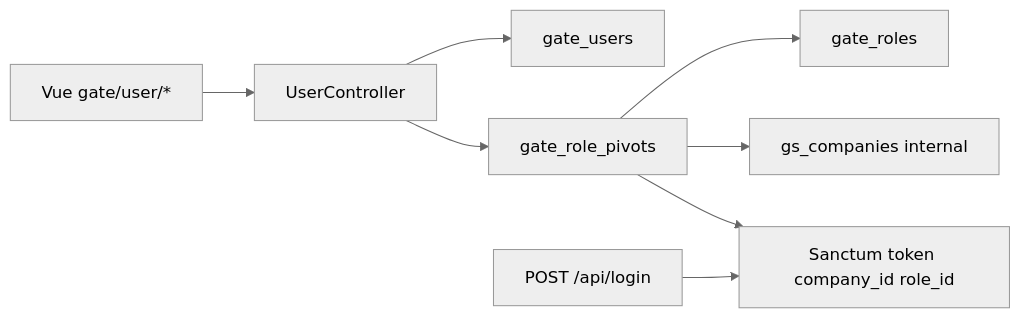
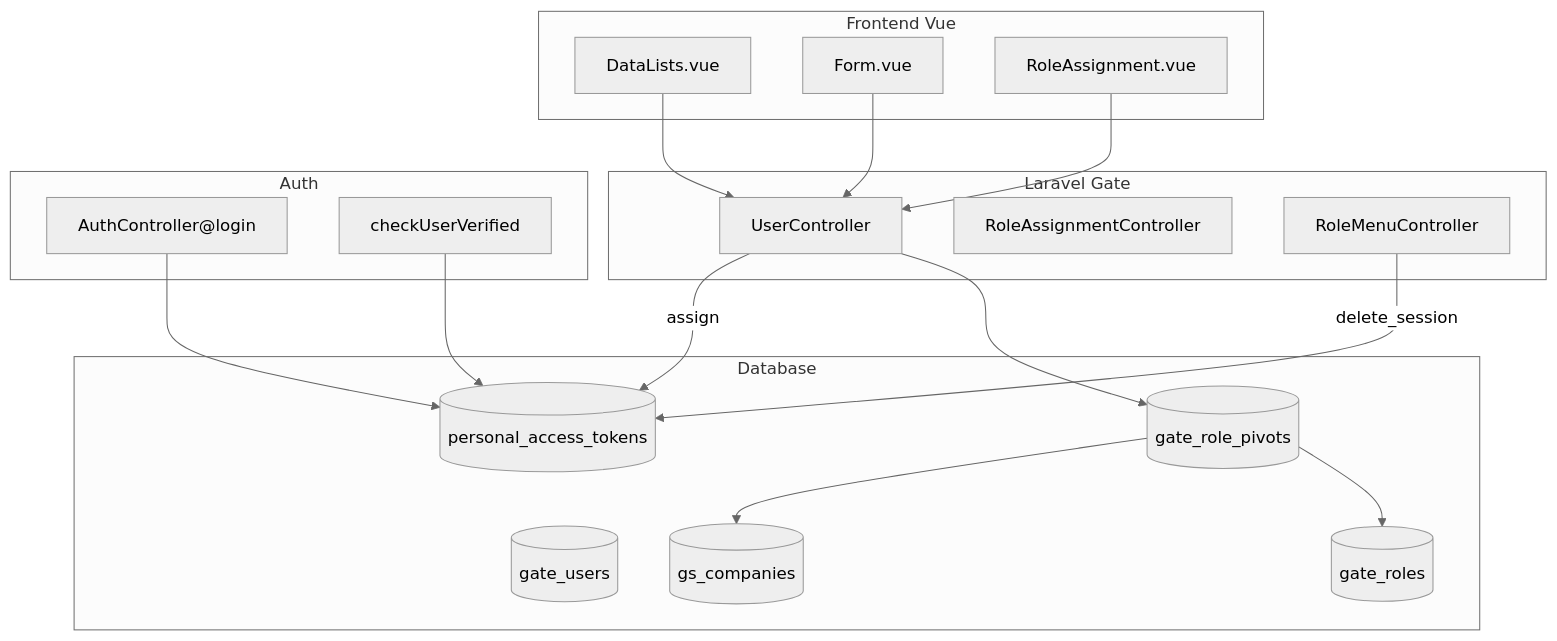
The diagram in qa-docs/gate-user/technical.md (yendyr/olshoperp-docs), drawn with Mermaid (neutral theme) before and after one commit. The commit also changed other lines of this file and 84 other files, not shown here.

````diff
--- a/qa-docs/gate-user/technical.md
+++ b/qa-docs/gate-user/technical.md
@@ -20,10 +24,35 @@
 ```mermaid
-flowchart LR
-    FE["Vue gate/user/*"] --> API["UserController"]
-    API --> User["gate_users"]
-    API --> Pivot["gate_role_pivots"]
-    Pivot --> Role["gate_roles"]
-    Pivot --> Co["gs_companies internal"]
-    Login["POST /api/login"] --> Token["Sanctum token company_id role_id"]
-    Pivot --> Token
+flowchart TB
+    subgraph FE["Frontend Vue"]
+        DL["DataLists.vue"]
+        FM["Form.vue"]
+        RA["RoleAssignment.vue"]
+    end
+    subgraph API["Laravel Gate"]
+        UC["UserController"]
+        RAC["RoleAssignmentController"]
+        RMC["RoleMenuController"]
+    end
+    subgraph Auth["Auth"]
+        AC["AuthController@login"]
+        CUV["checkUserVerified"]
+    end
+    subgraph DB["Database"]
+        U[("gate_users")]
+        RP[("gate_role_pivots")]
+        R[("gate_roles")]
+        C[("gs_companies")]
+        T[("personal_access_tokens")]
+    end
+
+    DL --> UC
+    FM --> UC
+    RA --> UC
+    UC --> RP
+    RP --> R
+    RP --> C
+    AC --> T
+    UC -->|"assign"| T
+    RMC -->|"delete_session"| T
+    CUV --> T
 ```
````
